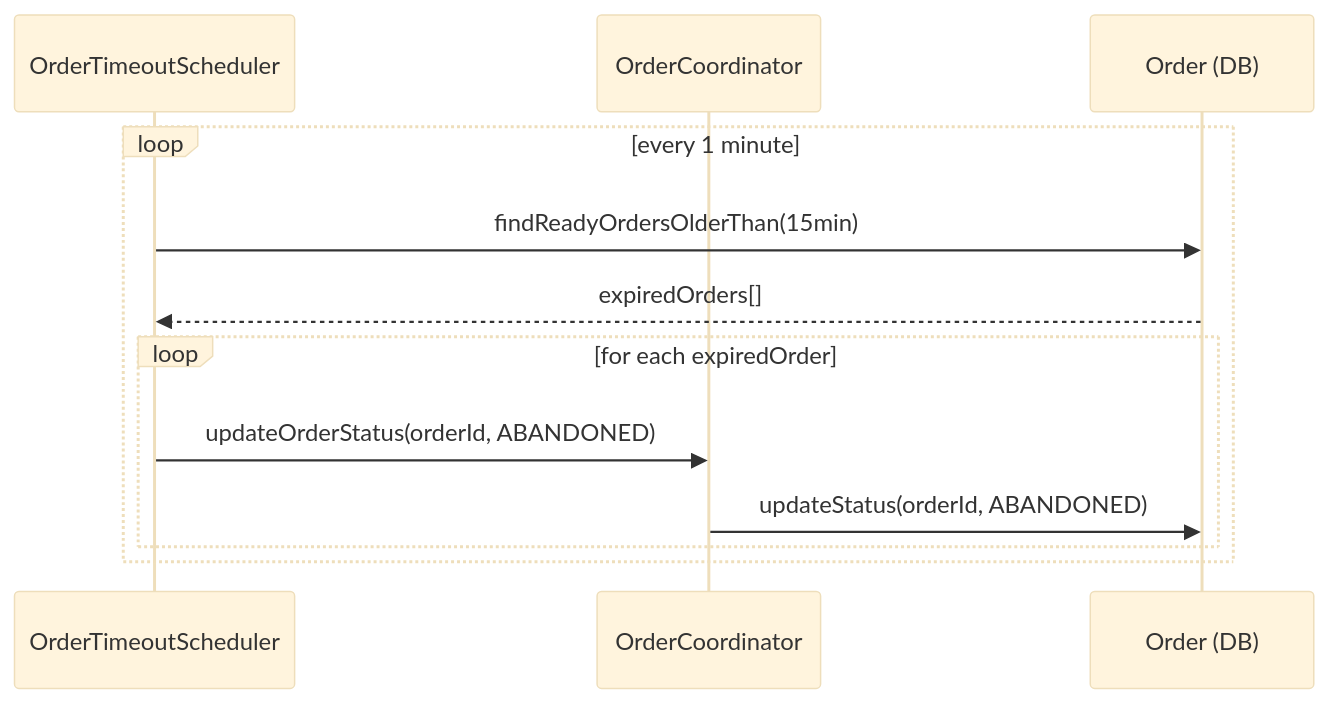
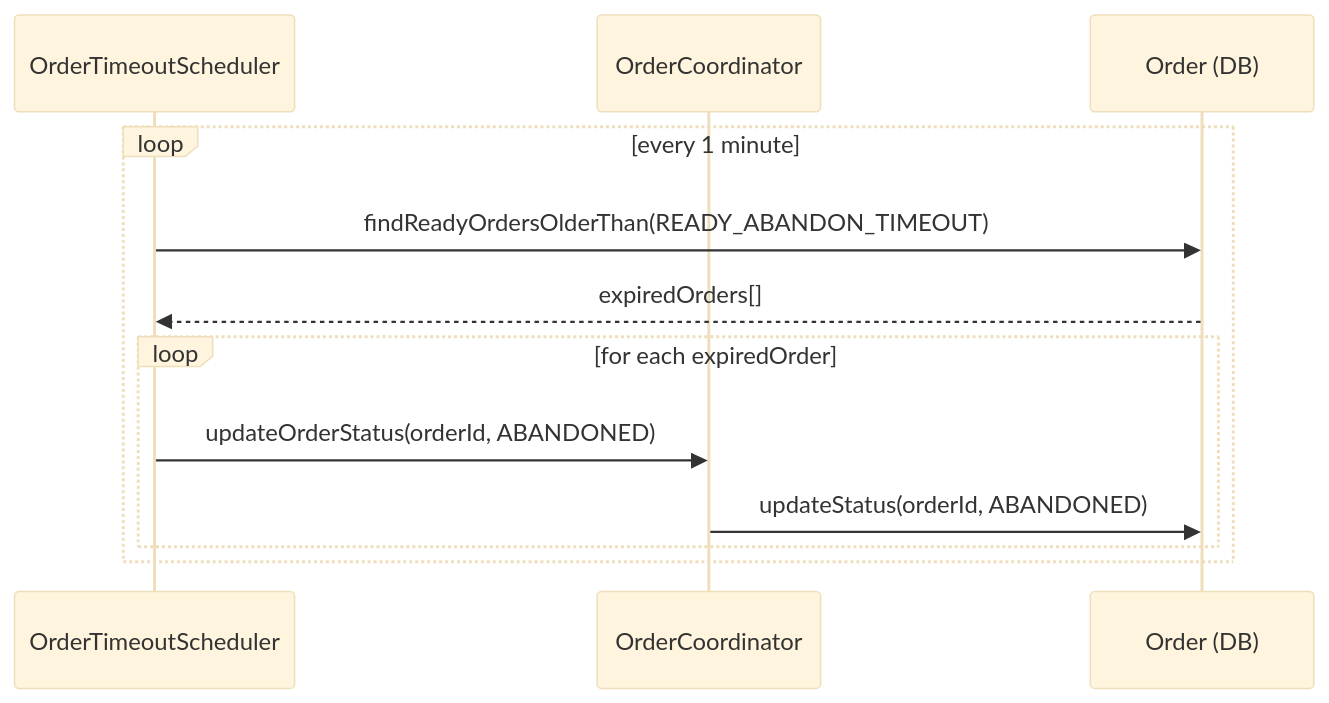
One commit to Shaichi/khoga_cafe changed the fourth of 6 diagrams in docs/rds_sections/11_detailed_3_8_order_management.md. Above: the diagram before and after it, drawn with Mermaid (base theme). The commit also changed other lines of this file and 22 other files, not shown here.

````diff
--- a/docs/rds_sections/11_detailed_3_8_order_management.md
+++ b/docs/rds_sections/11_detailed_3_8_order_management.md
@@ -185,16 +186,16 @@
 ```mermaid
 sequenceDiagram
     participant TimeoutScheduler as OrderTimeoutScheduler
     participant OrderCoord as OrderCoordinator
     participant OrderDB as Order (DB)
 
     loop every 1 minute
-        TimeoutScheduler->>OrderDB: findReadyOrdersOlderThan(15min)
+        TimeoutScheduler->>OrderDB: findReadyOrdersOlderThan(READY_ABANDON_TIMEOUT)
         OrderDB-->>TimeoutScheduler: expiredOrders[]
 
         loop for each expiredOrder
             TimeoutScheduler->>OrderCoord: updateOrderStatus(orderId, ABANDONED)
             OrderCoord->>OrderDB: updateStatus(orderId, ABANDONED)
         end
     end
 ```
````
